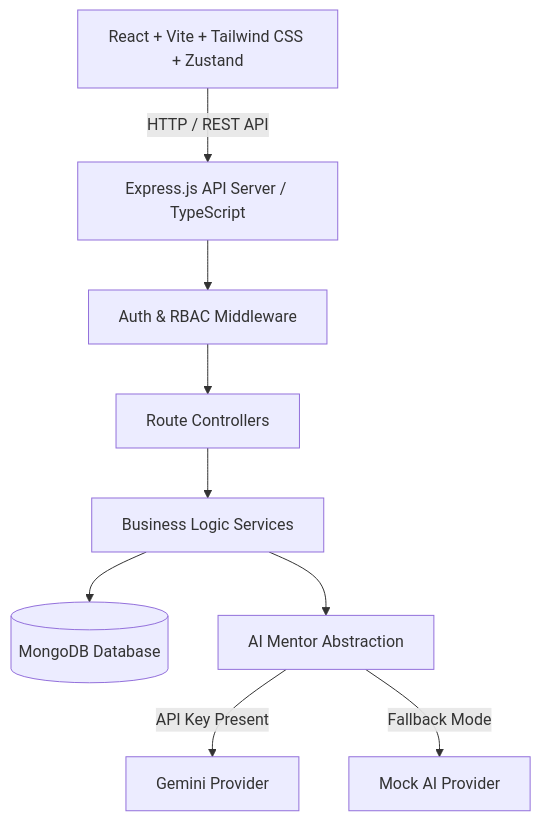
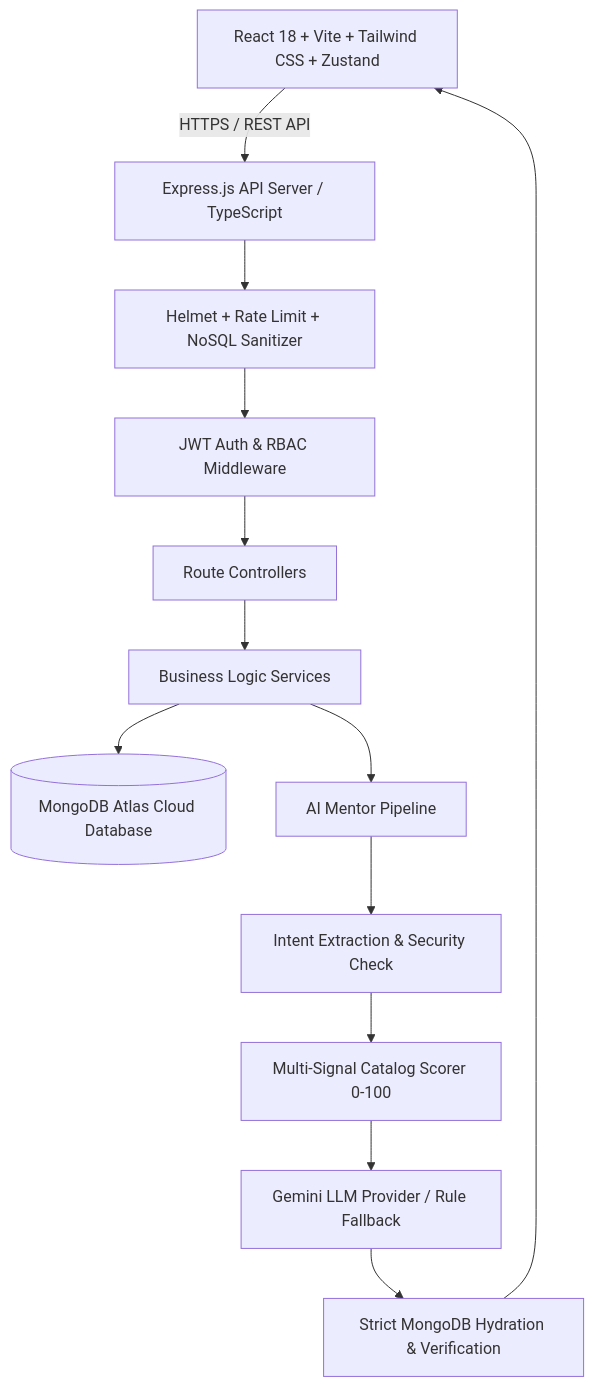
Before and after one commit to naina766/skillforge-fullstack-lms: the diagram in README.md, drawn with Mermaid. The commit also changed other lines of this file, not shown here.

````diff
--- a/README.md
+++ b/README.md
@@ -41,11 +59,15 @@
 ```mermaid
 graph TD
-    Client[React + Vite + Tailwind CSS + Zustand] -->|HTTP / REST API| API[Express.js API Server / TypeScript]
-    API --> AuthMiddleware[Auth & RBAC Middleware]
+    Client[React 18 + Vite + Tailwind CSS + Zustand] -->|HTTPS / REST API| API[Express.js API Server / TypeScript]
+    API --> Security[Helmet + Rate Limit + NoSQL Sanitizer]
+    Security --> AuthMiddleware[JWT Auth & RBAC Middleware]
     AuthMiddleware --> Controllers[Route Controllers]
     Controllers --> Services[Business Logic Services]
-    Services --> DB[(MongoDB Database)]
-    Services --> AIService[AI Mentor Abstraction]
-    AIService -->|API Key Present| Gemini[Gemini Provider]
-    AIService -->|Fallback Mode| MockAI[Mock AI Provider]
+    Services --> DB[(MongoDB Atlas Cloud Database)]
+    Services --> AIService[AI Mentor Pipeline]
+    AIService --> IntentExtractor[Intent Extraction & Security Check]
+    IntentExtractor --> CandidateScorer[Multi-Signal Catalog Scorer 0-100]
+    CandidateScorer --> AIPrompter[Gemini LLM Provider / Rule Fallback]
+    AIPrompter --> StrictGrounding[Strict MongoDB Hydration & Verification]
+    StrictGrounding --> Client
 ```
````
